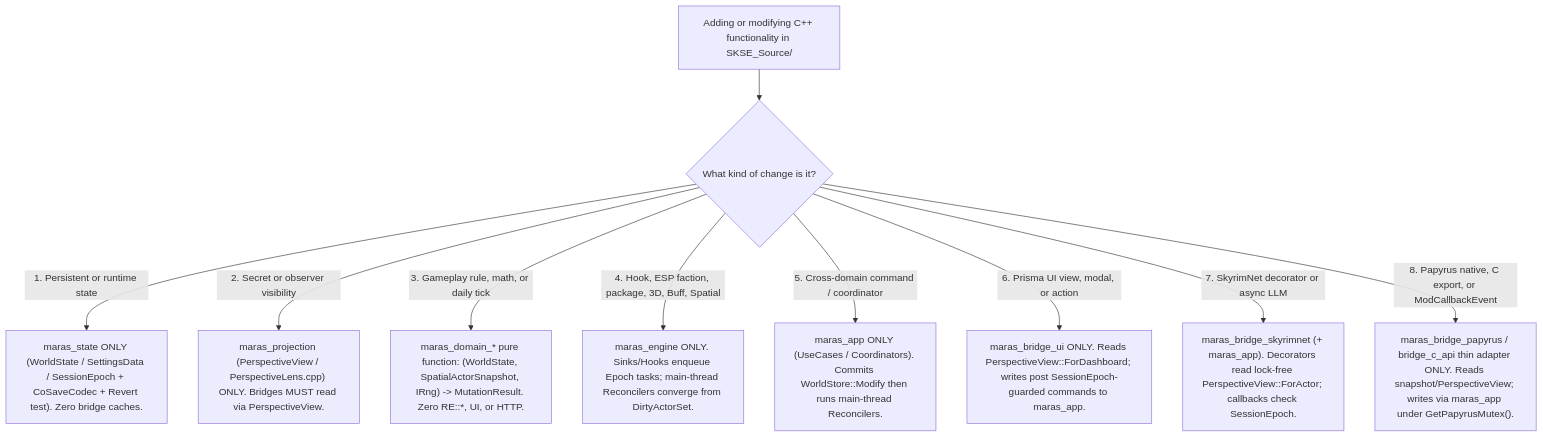
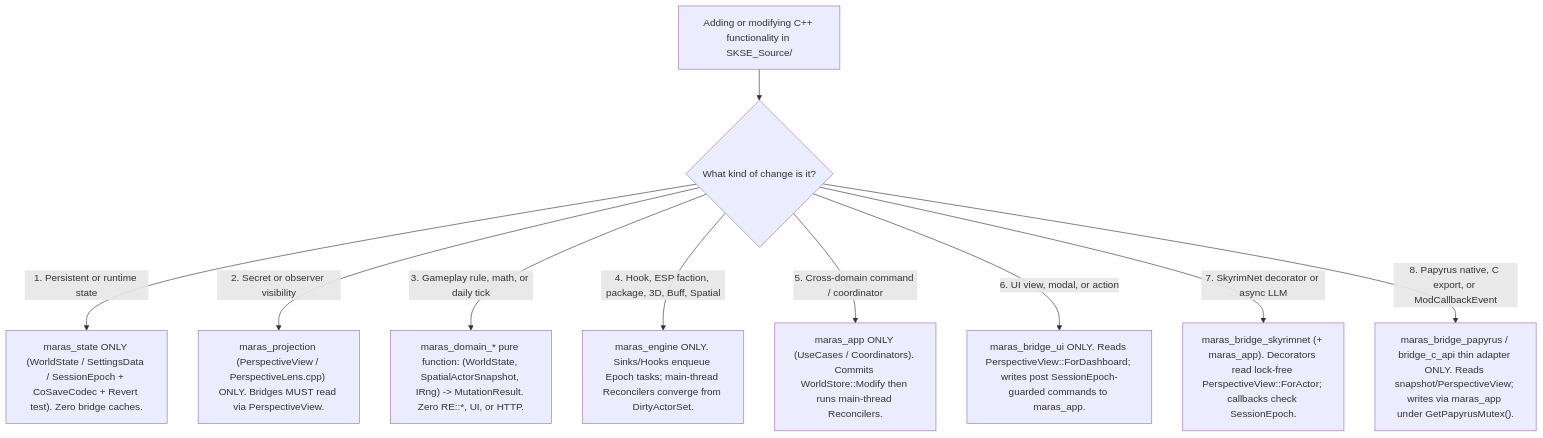
The diagram in SKSE_Source/AGENTS.md (tetherball88/maras), drawn with Mermaid before and after one commit. The commit also changed other lines of this file and 311 other files, not shown here.

````diff
--- a/SKSE_Source/AGENTS.md
+++ b/SKSE_Source/AGENTS.md
@@ -28,13 +28,13 @@
 ```mermaid
 flowchart TD
     Q0["Adding or modifying C++ functionality in SKSE_Source/"] --> Q1{"What kind of change is it?"}
 
     Q1 -->|"1. Persistent or runtime state"| R1["maras_state ONLY (WorldState / SettingsData / SessionEpoch + CoSaveCodec + Revert test). Zero bridge caches."]
     Q1 -->|"2. Secret or observer visibility"| R2["maras_projection (PerspectiveView / PerspectiveLens.cpp) ONLY. Bridges MUST read via PerspectiveView."]
     Q1 -->|"3. Gameplay rule, math, or daily tick"| R3["maras_domain_* pure function: (WorldState, SpatialActorSnapshot, IRng) -> MutationResult. Zero RE::*, UI, or HTTP."]
     Q1 -->|"4. Hook, ESP faction, package, 3D, Buff, Spatial"| R4["maras_engine ONLY. Sinks/Hooks enqueue Epoch tasks; main-thread Reconcilers converge from DirtyActorSet."]
     Q1 -->|"5. Cross-domain command / coordinator"| R5["maras_app ONLY (UseCases / Coordinators). Commits WorldStore::Modify then runs main-thread Reconcilers."]
-    Q1 -->|"6. Prisma UI view, modal, or action"| R6["maras_bridge_ui ONLY. Reads PerspectiveView::ForDashboard; writes post SessionEpoch-guarded commands to maras_app."]
+    Q1 -->|"6. UI view, modal, or action"| R6["maras_bridge_ui ONLY. Reads PerspectiveView::ForDashboard; writes post SessionEpoch-guarded commands to maras_app."]
     Q1 -->|"7. SkyrimNet decorator or async LLM"| R7["maras_bridge_skyrimnet (+ maras_app). Decorators read lock-free PerspectiveView::ForActor; callbacks check SessionEpoch."]
     Q1 -->|"8. Papyrus native, C export, or ModCallbackEvent"| R8["maras_bridge_papyrus / bridge_c_api thin adapter ONLY. Reads snapshot/PerspectiveView; writes via maras_app under GetPapyrusMutex()."]
 ```
````
